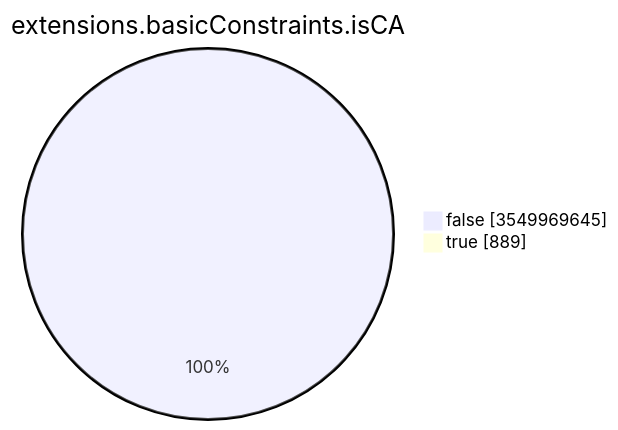
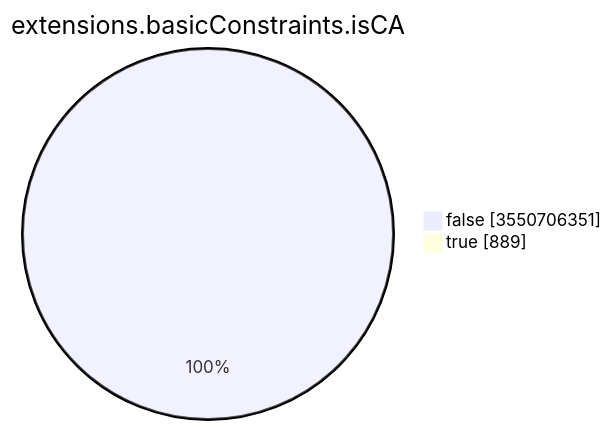
One commit to christiankrug/ctmonitor_visualization changed the seventh of 15 diagrams in TOTAL/README.md. Above: the diagram before and after it, drawn with Mermaid. The commit also changed other lines of this file, not shown here.

````diff
--- a/TOTAL/README.md
+++ b/TOTAL/README.md
@@ -3094,6 +3094,6 @@
 ```mermaid
 pie showData
 title extensions.basicConstraints.isCA
-"false" :3549969645
+"false" :3550706351
 "true" :889
 ```
````
